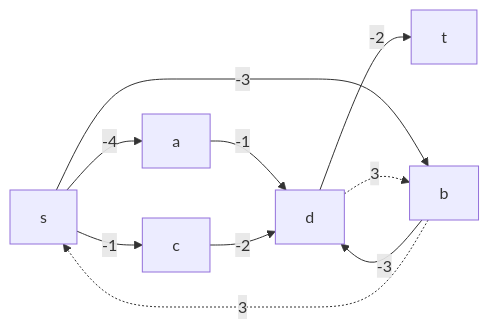
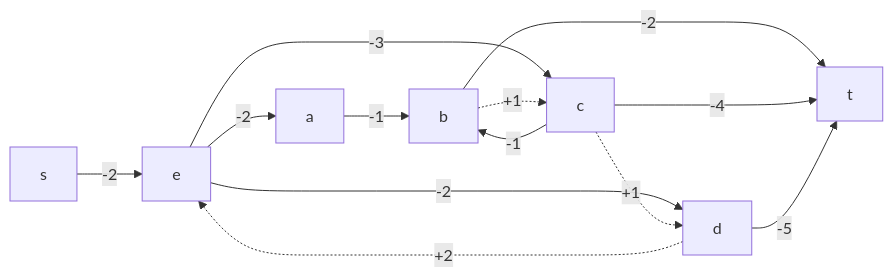
One commit to hse-algo-24-raven/manual-tasks-raven changed diagram 13 of 14 in task-10/pustobek.md. Above: the diagram before and after it, drawn with Mermaid. The commit also changed other lines of this file, not shown here.

````diff
--- a/task-10/pustobek.md
+++ b/task-10/pustobek.md
@@ -266,7 +266,15 @@
 ```mermaid
 graph LR
-    s-->|-4|a-->|-1|d-->|-2|t
-    s-->|-3|b-->|-3|d
-    s-->|-1|c-->|-2|d
-    d-.->|3|b-.->|3|s
+    s-->|-2|e
+    e-->|-2|a
+    e-->|-3|c
+    d-.->|+2|e
+    e-->|-2|d
+    a-->|-1|b
+    b-.->|+1|c
+    c-->|-1|b
+    c-.->|+1|d
+    b-->|-2|t
+    c-->|-4|t
+    d-->|-5|t
 ```
````
